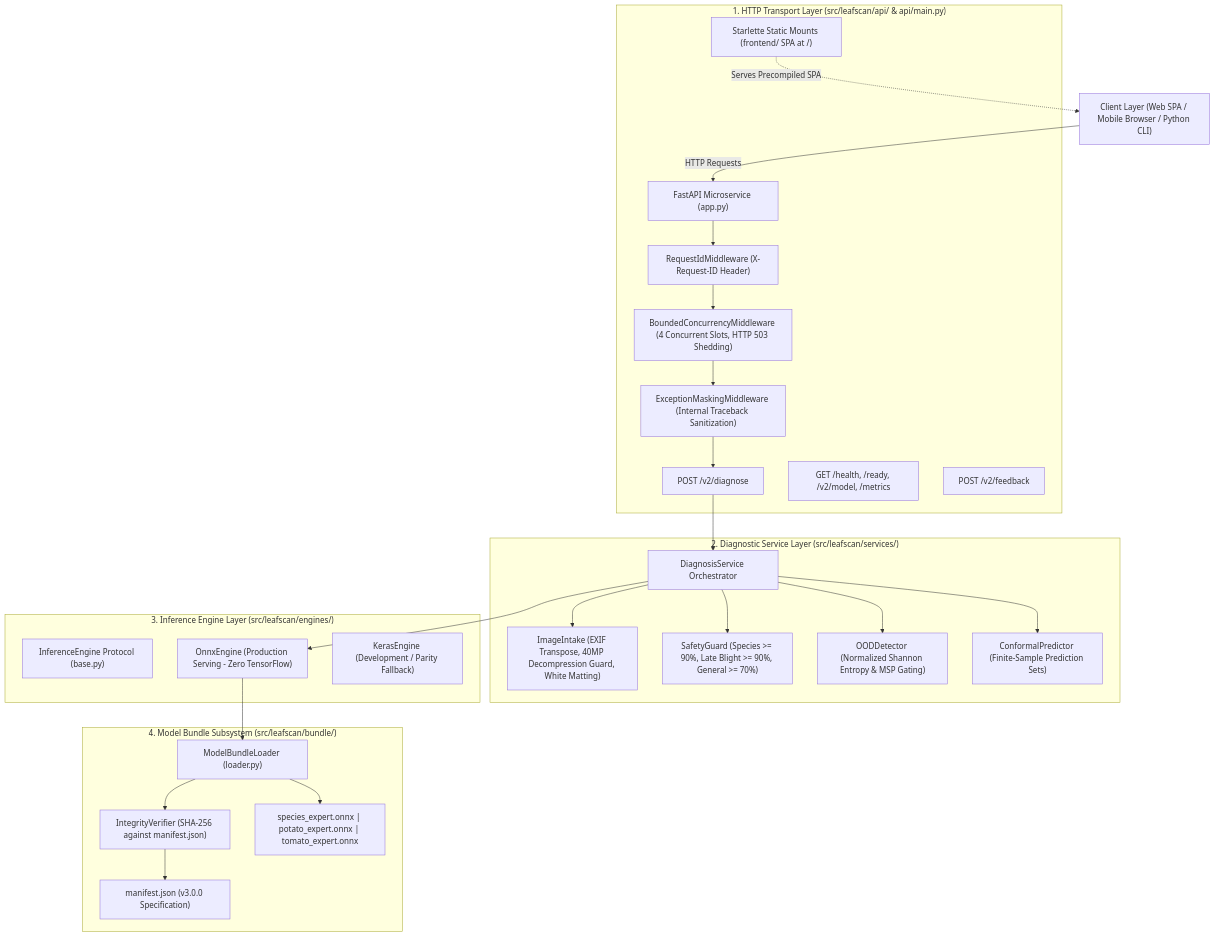
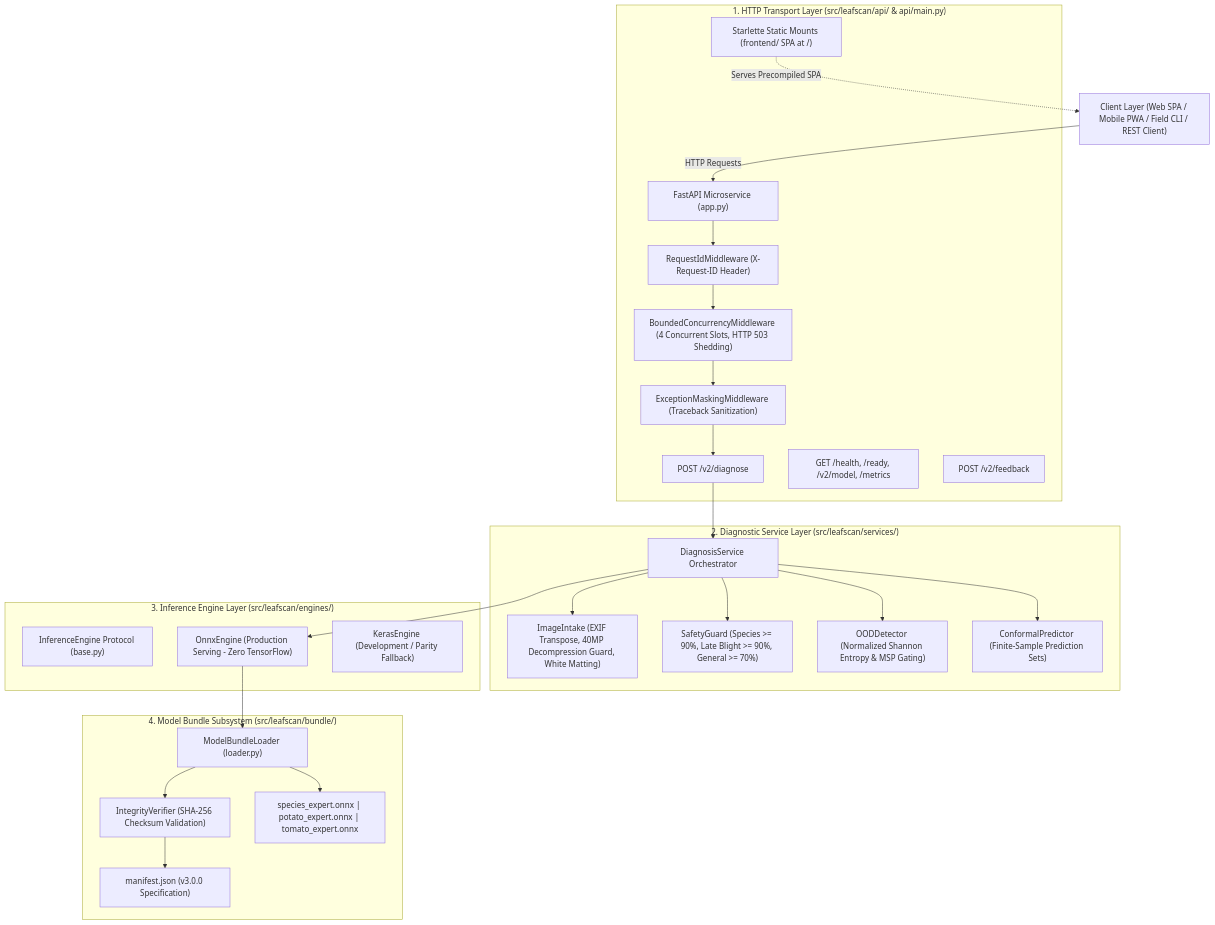
One commit to ranitadhikari2023/plant-disease-detection changed the first of 2 diagrams in README.md. Above: the diagram before and after it, drawn with Mermaid. The commit also changed other lines of this file and 2 other files, not shown here.

````diff
--- a/README.md
+++ b/README.md
@@ -127,50 +119,50 @@
 ```mermaid
 flowchart TD
-    Client["Client Layer (Web SPA / Mobile Browser / Python CLI)"]
+    Client["Client Layer (Web SPA / Mobile PWA / Field CLI / REST Client)"]
 
     subgraph TransportLayer ["1. HTTP Transport Layer (src/leafscan/api/ & api/main.py)"]
         FastAPIApp["FastAPI Microservice (app.py)"]
         MW_ReqId["RequestIdMiddleware (X-Request-ID Header)"]
         MW_Conc["BoundedConcurrencyMiddleware (4 Concurrent Slots, HTTP 503 Shedding)"]
-        MW_Mask["ExceptionMaskingMiddleware (Internal Traceback Sanitization)"]
+        MW_Mask["ExceptionMaskingMiddleware (Traceback Sanitization)"]
         Route_Diag["POST /v2/diagnose"]
         Route_Health["GET /health, /ready, /v2/model, /metrics"]
         Route_Feed["POST /v2/feedback"]
         Static["Starlette Static Mounts (frontend/ SPA at /)"]
     end
 
     subgraph ServiceLayer ["2. Diagnostic Service Layer (src/leafscan/services/)"]
         DiagService["DiagnosisService Orchestrator"]
         Intake["ImageIntake (EXIF Transpose, 40MP Decompression Guard, White Matting)"]
         Guard["SafetyGuard (Species >= 90%, Late Blight >= 90%, General >= 70%)"]
         OOD["OODDetector (Normalized Shannon Entropy & MSP Gating)"]
         Conformal["ConformalPredictor (Finite-Sample Prediction Sets)"]
     end
 
     subgraph EngineLayer ["3. Inference Engine Layer (src/leafscan/engines/)"]
         Protocol["InferenceEngine Protocol (base.py)"]
         ONNXEngine["OnnxEngine (Production Serving - Zero TensorFlow)"]
         KerasEngine["KerasEngine (Development / Parity Fallback)"]
     end
 
     subgraph BundleLayer ["4. Model Bundle Subsystem (src/leafscan/bundle/)"]
         Loader["ModelBundleLoader (loader.py)"]
-        Verifier["IntegrityVerifier (SHA-256 against manifest.json)"]
+        Verifier["IntegrityVerifier (SHA-256 Checksum Validation)"]
         Manifest["manifest.json (v3.0.0 Specification)"]
         Models["species_expert.onnx | potato_expert.onnx | tomato_expert.onnx"]
     end
 
     Client -->|"HTTP Requests"| FastAPIApp
     FastAPIApp --> MW_ReqId --> MW_Conc --> MW_Mask
     MW_Mask --> Route_Diag
     Route_Diag --> DiagService
     DiagService --> Intake
     DiagService --> ONNXEngine
     ONNXEngine --> Loader
     Loader --> Verifier --> Manifest
     Loader --> Models
     DiagService --> Guard
     DiagService --> OOD
     DiagService --> Conformal
     Static -.->|"Serves Precompiled SPA"| Client
 ```
````
